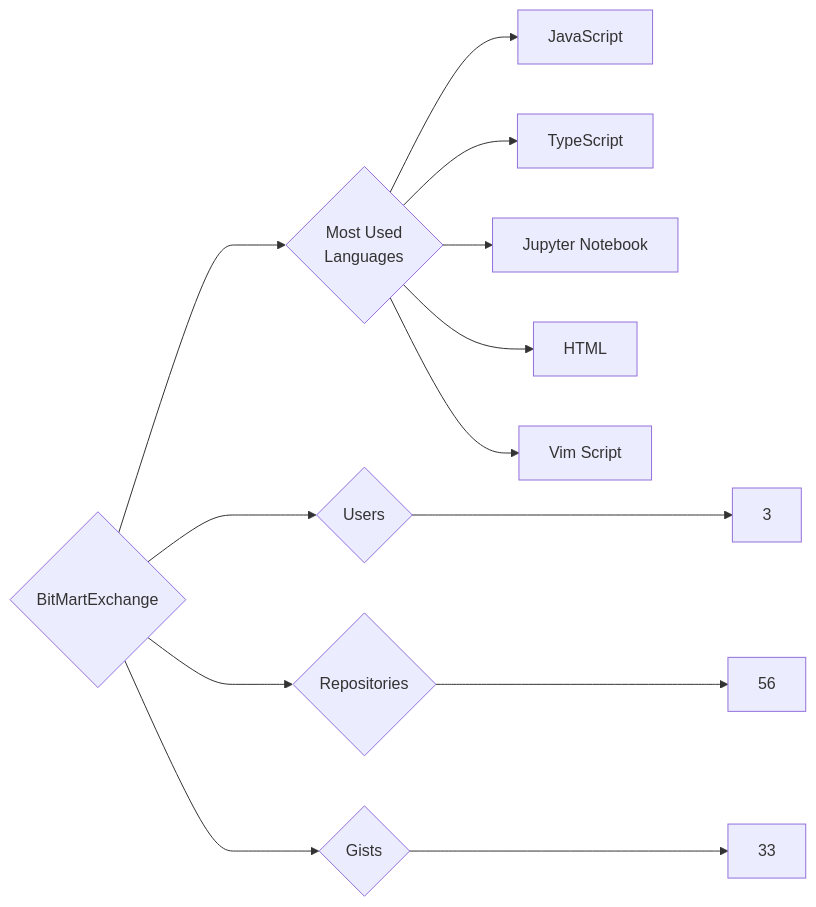
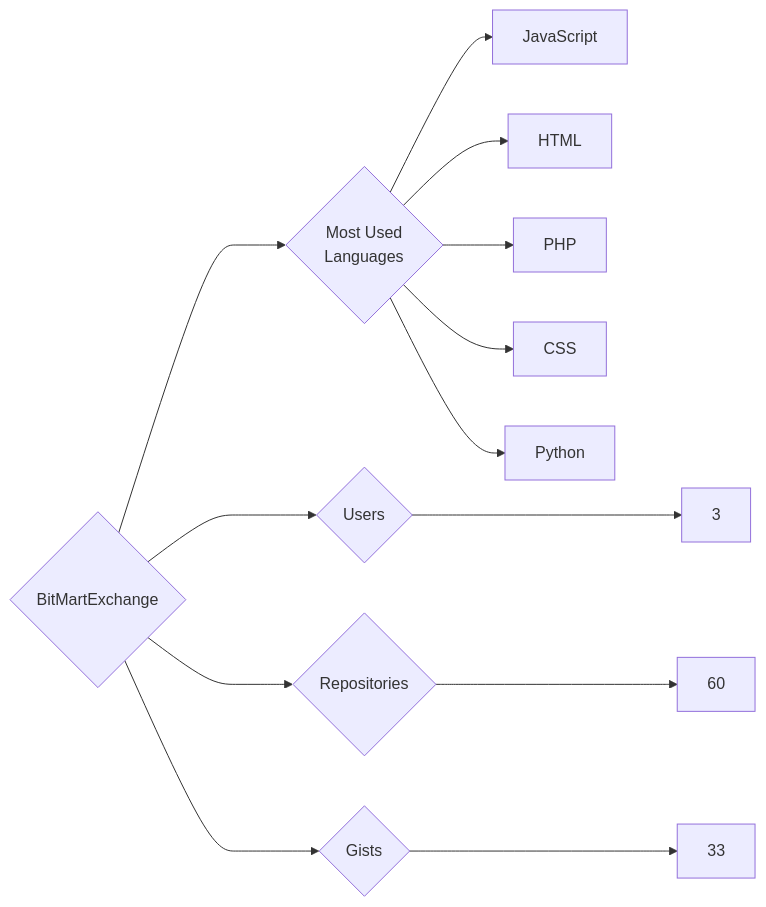
One commit to trickest/insiders changed the diagram in targets/BitMartExchange/README.md. Above: the diagram before and after it, drawn with Mermaid. The commit also changed 783 other files, not shown here.

````diff
--- a/targets/BitMartExchange/README.md
+++ b/targets/BitMartExchange/README.md
@@ -3,13 +3,13 @@
 ```mermaid
 graph LR
 COMPANY_NAME{BitMartExchange}
 COMPANY_NAME ---> U{Users} ---> UN[3]
-COMPANY_NAME ---> R{Repositories} ---> RN[56]
+COMPANY_NAME ---> R{Repositories} ---> RN[60]
 COMPANY_NAME ---> G{Gists} ---> GN[33]
 COMPANY_NAME ---> ML{Most Used<br>Languages}
 ML --> JavaScript[JavaScript]
-ML --> TypeScript[TypeScript]
-ML --> Jupyter_Notebook[Jupyter Notebook]
 ML --> HTML[HTML]
-ML --> Vim_Script[Vim Script]
+ML --> PHP[PHP]
+ML --> CSS[CSS]
+ML --> Python[Python]
 ```
````
